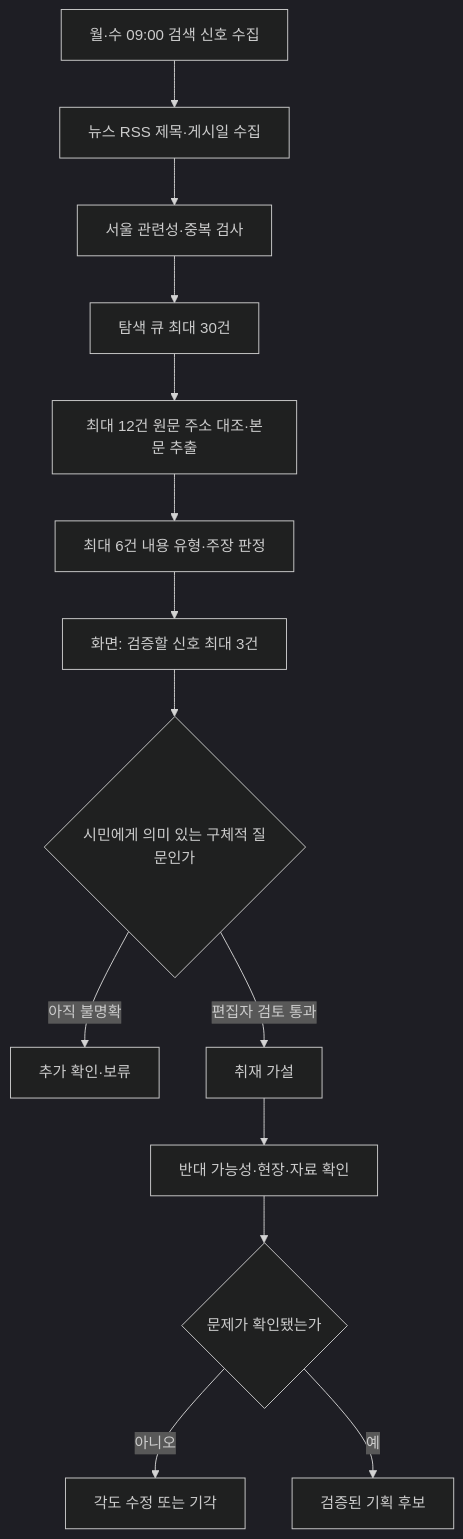
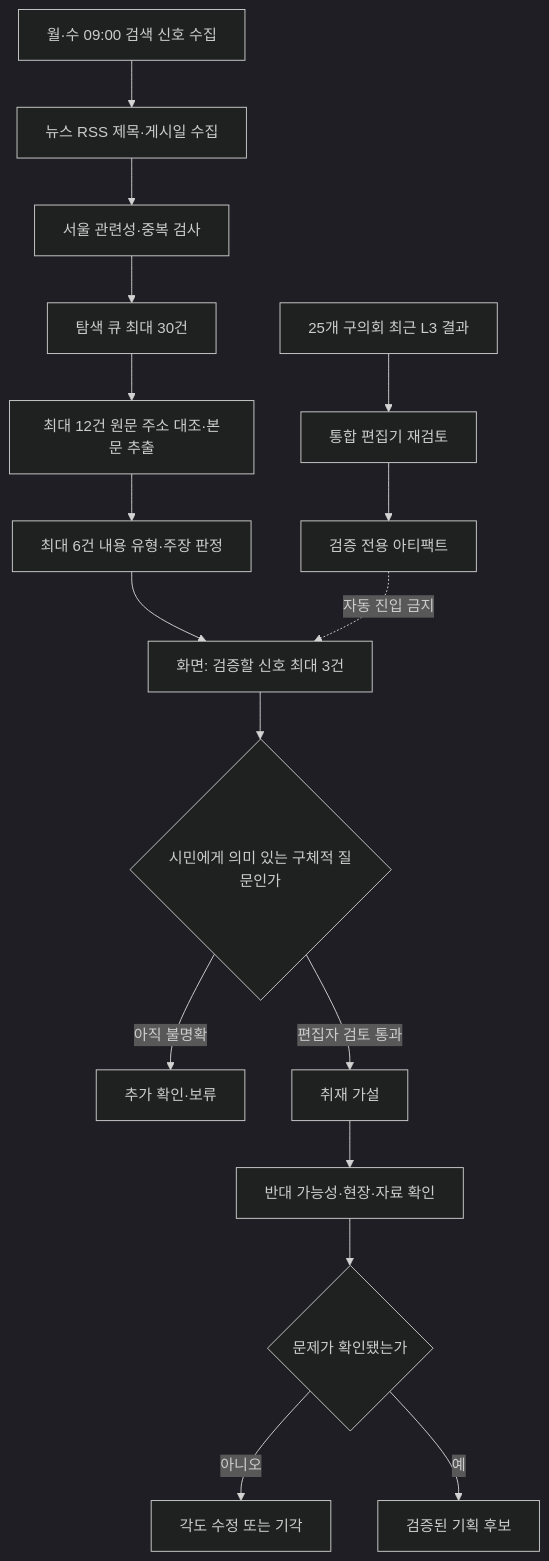
The diagram in editorial-v3/SYSTEM_ARCHITECTURE.md (onetym77-bit/news-item-radar), drawn with Mermaid (dark theme) before and after one commit. The commit also changed other lines of this file, not shown here.

Commit message:
Visualize district L3 verification-only bridge

````diff
--- a/editorial-v3/SYSTEM_ARCHITECTURE.md
+++ b/editorial-v3/SYSTEM_ARCHITECTURE.md
@@ -9,16 +9,20 @@
 ```mermaid
 flowchart TD
     A[월·수 09:00 검색 신호 수집] --> B[뉴스 RSS 제목·게시일 수집]
     B --> C[서울 관련성·중복 검사]
     C --> D[탐색 큐 최대 30건]
     D --> F[최대 12건 원문 주소 대조·본문 추출]
     F --> Q[최대 6건 내용 유형·주장 판정]
     Q --> E[화면: 검증할 신호 최대 3건]
     E --> G{시민에게 의미 있는 구체적 질문인가}
     G -->|아직 불명확| H[추가 확인·보류]
     G -->|편집자 검토 통과| I[취재 가설]
     I --> J[반대 가능성·현장·자료 확인]
     J --> K{문제가 확인됐는가}
     K -->|아니오| L[각도 수정 또는 기각]
     K -->|예| M[검증된 기획 후보]
+
+    Z[25개 구의회 최근 L3 결과] --> Z1[통합 편집기 재검토]
+    Z1 --> Z2[검증 전용 아티팩트]
+    Z2 -. 자동 진입 금지 .-> E
 ```
````
